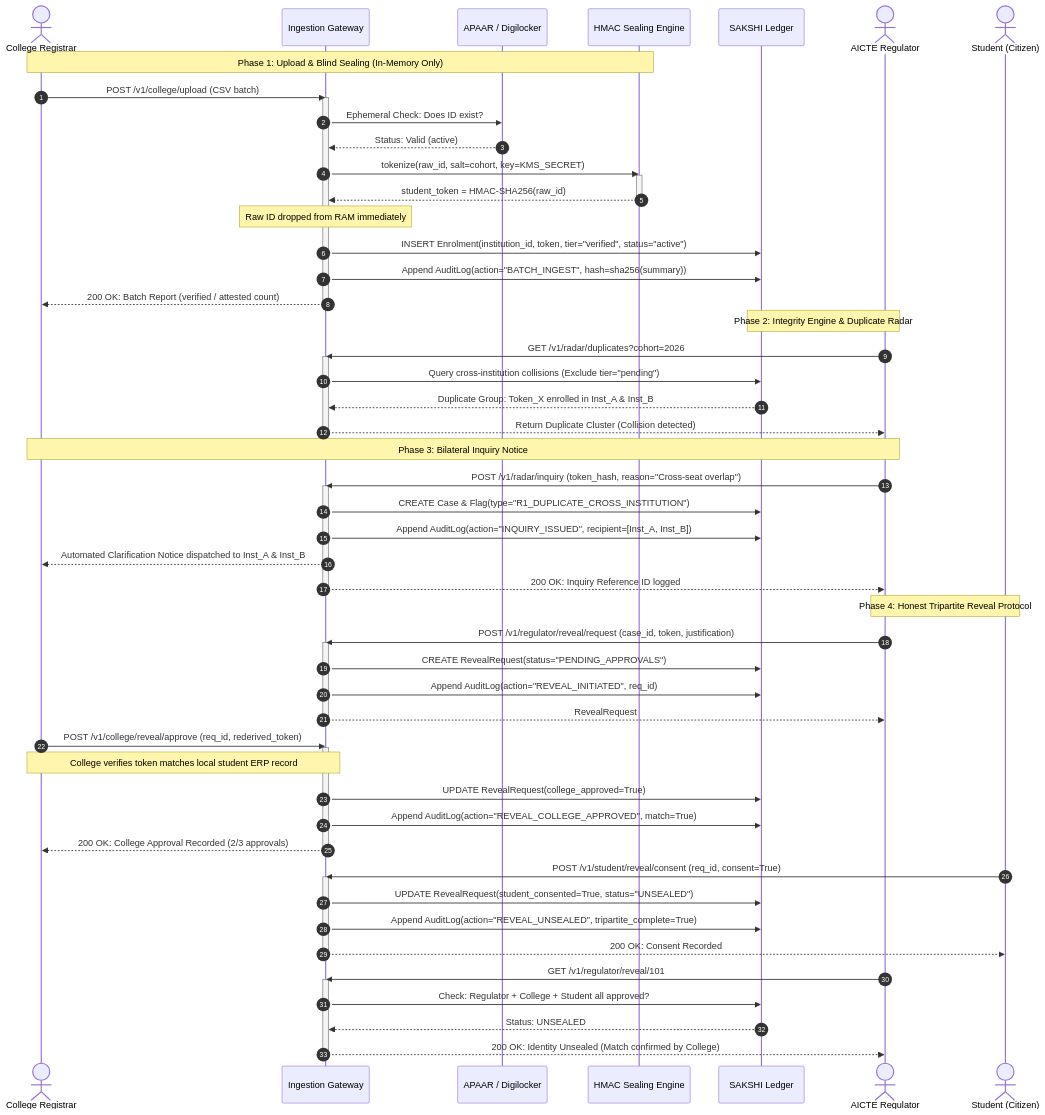
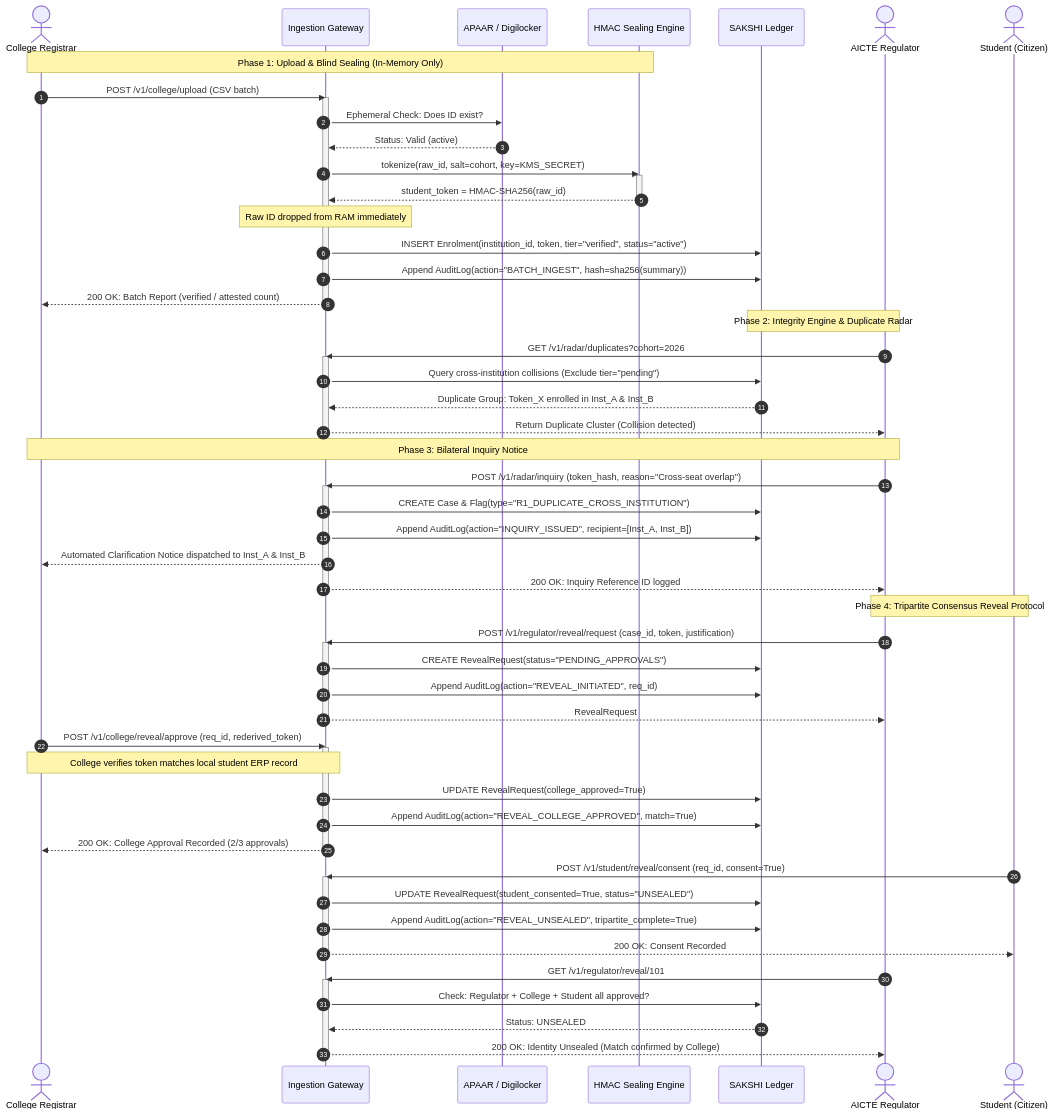
The diagram in docs/sequence_diagram.md (heaven-swastik/sakshi), drawn with Mermaid before and after one commit. The commit also changed 5 other files, not shown here.

````diff
--- a/docs/sequence_diagram.md
+++ b/docs/sequence_diagram.md
@@ -8,77 +8,77 @@
 ```mermaid
 sequenceDiagram
     autonumber
     actor College as College Registrar
     participant Gateway as Ingestion Gateway
     participant Registry as APAAR / Digilocker
     participant Tokenizer as HMAC Sealing Engine
     participant DB as SAKSHI Ledger
     actor Regulator as AICTE Regulator
     actor Student as Student (Citizen)
 
     %% Step 1: Upload & Sealing
     Note over College, Tokenizer: Phase 1: Upload & Blind Sealing (In-Memory Only)
     College->>Gateway: POST /v1/college/upload (CSV batch)
     activate Gateway
     Gateway->>Registry: Ephemeral Check: Does ID exist?
     Registry-->>Gateway: Status: Valid (active)
     Gateway->>Tokenizer: tokenize(raw_id, salt=cohort, key=KMS_SECRET)
     activate Tokenizer
     Tokenizer-->>Gateway: student_token = HMAC-SHA256(raw_id)
     deactivate Tokenizer
     Note over Gateway: Raw ID dropped from RAM immediately
     Gateway->>DB: INSERT Enrolment(institution_id, token, tier="verified", status="active")
     Gateway->>DB: Append AuditLog(action="BATCH_INGEST", hash=sha256(summary))
     Gateway-->>College: 200 OK: Batch Report (verified / attested count)
     deactivate Gateway
 
     %% Step 2: Rule Engine & Duplicate Radar
     Note over DB, Regulator: Phase 2: Integrity Engine & Duplicate Radar
     Regulator->>Gateway: GET /v1/radar/duplicates?cohort=2026
     activate Gateway
     Gateway->>DB: Query cross-institution collisions (Exclude tier="pending")
     DB-->>Gateway: Duplicate Group: Token_X enrolled in Inst_A & Inst_B
     Gateway-->>Regulator: Return Duplicate Cluster (Collision detected)
     deactivate Gateway
 
     %% Step 3: Bilateral Inquiry (Ask Owner, Not Database)
     Note over Regulator, College: Phase 3: Bilateral Inquiry Notice
     Regulator->>Gateway: POST /v1/radar/inquiry (token_hash, reason="Cross-seat overlap")
     activate Gateway
     Gateway->>DB: CREATE Case & Flag(type="R1_DUPLICATE_CROSS_INSTITUTION")
     Gateway->>DB: Append AuditLog(action="INQUIRY_ISSUED", recipient=[Inst_A, Inst_B])
     Gateway-->>College: Automated Clarification Notice dispatched to Inst_A & Inst_B
     Gateway-->>Regulator: 200 OK: Inquiry Reference ID logged
     deactivate Gateway
 
     %% Step 4: Tripartite Dual-Control Identity Reveal
-    Note over Regulator, Student: Phase 4: Honest Tripartite Reveal Protocol
+    Note over Regulator, Student: Phase 4: Tripartite Consensus Reveal Protocol
     Regulator->>Gateway: POST /v1/regulator/reveal/request (case_id, token, justification)
     activate Gateway
     Gateway->>DB: CREATE RevealRequest(status="PENDING_APPROVALS")
     Gateway->>DB: Append AuditLog(action="REVEAL_INITIATED", req_id)
     Gateway-->>Regulator: RevealRequest #101 Created (1/3 approvals)
     deactivate Gateway
 
     College->>Gateway: POST /v1/college/reveal/approve (req_id, rederived_token)
     activate Gateway
     Note over College, Gateway: College verifies token matches local student ERP record
     Gateway->>DB: UPDATE RevealRequest(college_approved=True)
     Gateway->>DB: Append AuditLog(action="REVEAL_COLLEGE_APPROVED", match=True)
     Gateway-->>College: 200 OK: College Approval Recorded (2/3 approvals)
     deactivate Gateway
 
     Student->>Gateway: POST /v1/student/reveal/consent (req_id, consent=True)
     activate Gateway
     Gateway->>DB: UPDATE RevealRequest(student_consented=True, status="UNSEALED")
     Gateway->>DB: Append AuditLog(action="REVEAL_UNSEALED", tripartite_complete=True)
     Gateway-->>Student: 200 OK: Consent Recorded
     deactivate Gateway
 
     Regulator->>Gateway: GET /v1/regulator/reveal/101
     activate Gateway
     Gateway->>DB: Check: Regulator + College + Student all approved?
     DB-->>Gateway: Status: UNSEALED
     Gateway-->>Regulator: 200 OK: Identity Unsealed (Match confirmed by College)
     deactivate Gateway
 ```
````
